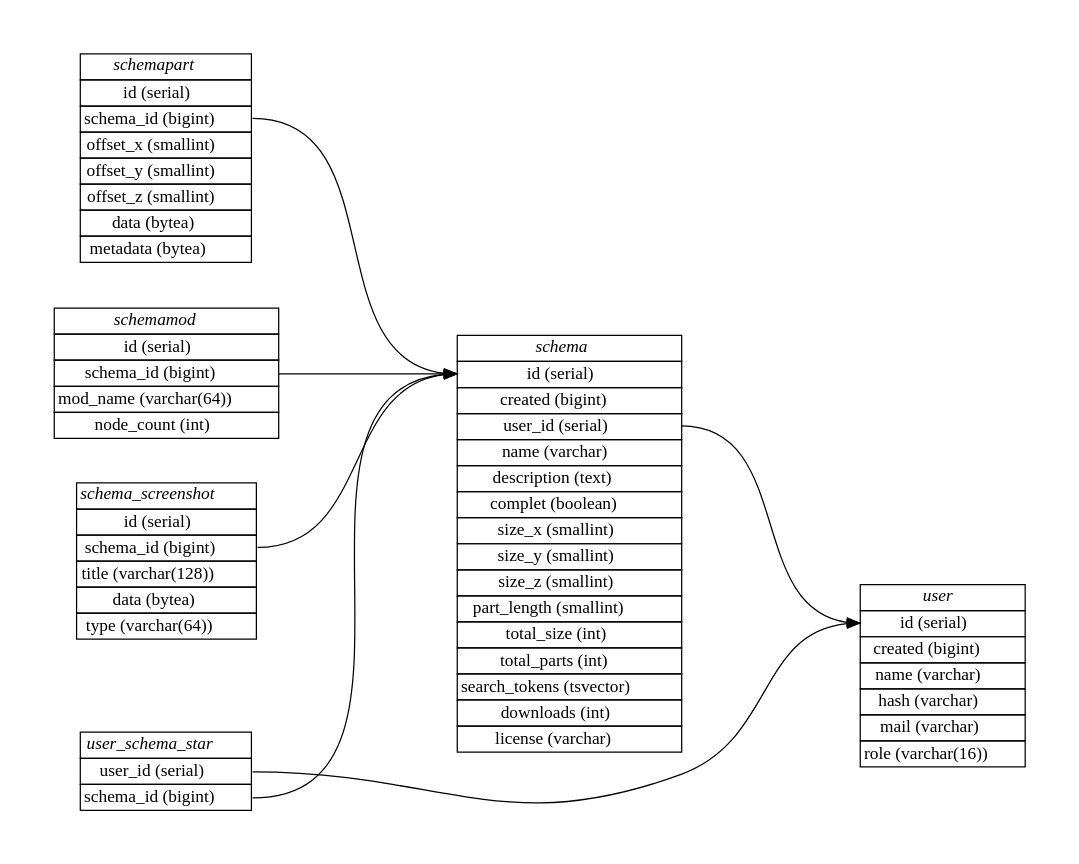
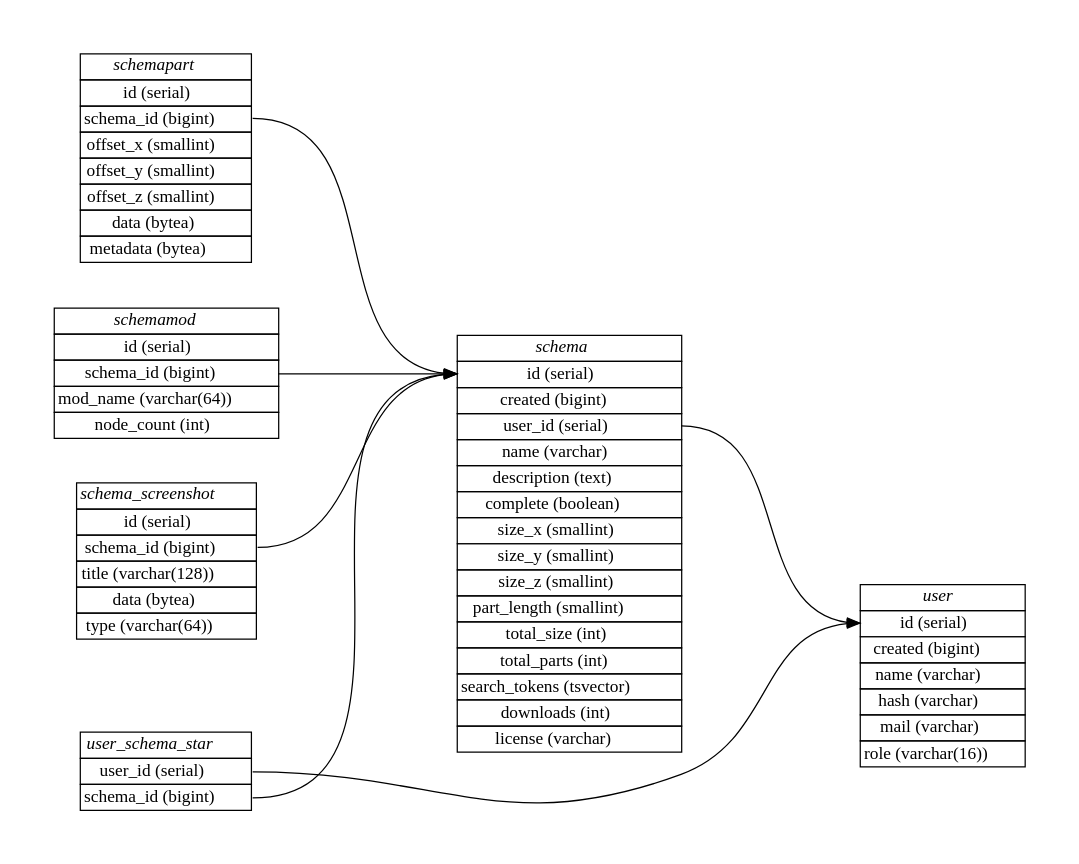
Before and after one commit to blockexchange/blockexchange_server: the diagram in doc/database.dot, drawn with Graphviz. The commit also changed 4 other files, not shown here.

```diff
--- a/doc/database.dot
+++ b/doc/database.dot
@@ -1,82 +1,82 @@
 digraph {
     graph [pad="0.5", nodesep="0.5", ranksep="2"];
     node [shape=plain]
     rankdir=LR;
 
 user [label=<
 <table border="0" cellborder="1" cellspacing="0">
   <tr><td><i>user</i></td></tr>
   <tr><td port="1">id (serial)</td></tr>
   <tr><td port="2">created (bigint)</td></tr>
   <tr><td port="3">name (varchar)</td></tr>
   <tr><td port="4">hash (varchar)</td></tr>
   <tr><td port="5">mail (varchar)</td></tr>
   <tr><td port="5a">role (varchar(16))</td></tr>
 </table>>];
 
 
 schema [label=<
 <table border="0" cellborder="1" cellspacing="0">
   <tr><td><i>schema</i></td></tr>
   <tr><td port="6">id (serial)</td></tr>
   <tr><td port="7">created (bigint)</td></tr>
   <tr><td port="8">user_id (serial)</td></tr>
   <tr><td port="9">name (varchar)</td></tr>
   <tr><td port="10">description (text)</td></tr>
-  <tr><td port="11">complet (boolean)</td></tr>
+  <tr><td port="11">complete (boolean)</td></tr>
   <tr><td port="12">size_x (smallint)</td></tr>
   <tr><td port="13">size_y (smallint)</td></tr>
   <tr><td port="14">size_z (smallint)</td></tr>
   <tr><td port="15">part_length (smallint)</td></tr>
   <tr><td port="16">total_size (int)</td></tr>
   <tr><td port="17">total_parts (int)</td></tr>
   <tr><td port="18">search_tokens (tsvector)</td></tr>
   <tr><td port="19">downloads (int)</td></tr>
   <tr><td port="20">license (varchar)</td></tr>
 </table>>];
 
 schemapart [label=<
 <table border="0" cellborder="1" cellspacing="0">
   <tr><td><i>schemapart</i></td></tr>
   <tr><td port="22">id (serial)</td></tr>
   <tr><td port="23">schema_id (bigint)</td></tr>
   <tr><td port="24">offset_x (smallint)</td></tr>
   <tr><td port="25">offset_y (smallint)</td></tr>
   <tr><td port="26">offset_z (smallint)</td></tr>
   <tr><td port="27">data (bytea)</td></tr>
   <tr><td port="28">metadata (bytea)</td></tr>
 </table>>];
 
 schemamod [label=<
 <table border="0" cellborder="1" cellspacing="0">
   <tr><td><i>schemamod</i></td></tr>
   <tr><td port="29">id (serial)</td></tr>
   <tr><td port="30">schema_id (bigint)</td></tr>
   <tr><td port="31">mod_name (varchar(64))</td></tr>
   <tr><td port="32">node_count (int)</td></tr>
 </table>>];
 
 user_schema_star [label=<
 <table border="0" cellborder="1" cellspacing="0">
   <tr><td><i>user_schema_star</i></td></tr>
   <tr><td port="33">user_id (serial)</td></tr>
   <tr><td port="34">schema_id (bigint)</td></tr>
 </table>>];
 
 schema_screenshot [label=<
 <table border="0" cellborder="1" cellspacing="0">
   <tr><td><i>schema_screenshot</i></td></tr>
   <tr><td port="35">id (serial)</td></tr>
   <tr><td port="36">schema_id (bigint)</td></tr>
   <tr><td port="37">title (varchar(128))</td></tr>
   <tr><td port="38">data (bytea)</td></tr>
   <tr><td port="39">type (varchar(64))</td></tr>
 </table>>];
 
 schema:8 -> user:1;
 schemapart:23 -> schema:6;
 schemamod:30 -> schema:6;
 user_schema_star:33 -> user:1;
 user_schema_star:34 -> schema:6;
 schema_screenshot:36 -> schema:6;
 }
```
